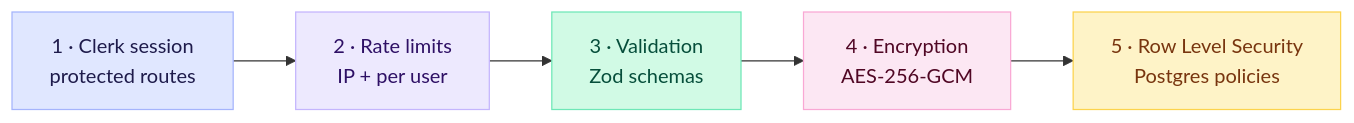
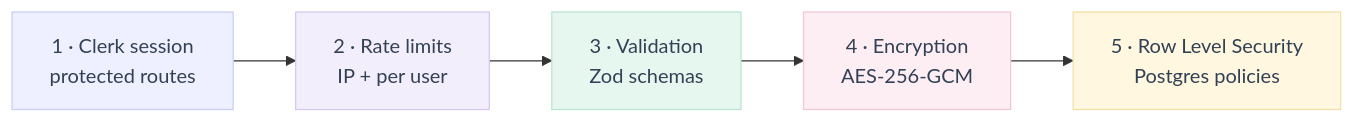
The fifth of 5 diagrams in README.md (sowaxer/quivo-app), drawn with Mermaid before and after one commit. The commit also changed other lines of this file, not shown here.

First line of the commit message:
README: uniform light pastel palette for all diagrams

````diff
--- a/README.md
+++ b/README.md
@@ -211,17 +211,17 @@
 ```mermaid
 flowchart LR
     A["1 · Clerk session<br/>protected routes"] --> B["2 · Rate limits<br/>IP + per user"]
     B --> C["3 · Validation<br/>Zod schemas"]
     C --> D["4 · Encryption<br/>AES-256-GCM"]
     D --> E["5 · Row Level Security<br/>Postgres policies"]
-    classDef p1 fill:#E0E7FF,stroke:#A5B4FC,color:#1E1B4B
-    classDef p2 fill:#FCE7F3,stroke:#F9A8D4,color:#500724
-    classDef p3 fill:#D1FAE5,stroke:#6EE7B7,color:#064E3B
-    classDef p4 fill:#FEF3C7,stroke:#FCD34D,color:#78350F
-    classDef p5 fill:#EDE9FE,stroke:#C4B5FD,color:#2E1065
+    classDef p1 fill:#EEF0FF,stroke:#C9CEF5,color:#334155
+    classDef p2 fill:#FDEEF4,stroke:#F2C6D8,color:#334155
+    classDef p3 fill:#E6F7F0,stroke:#B8E3D0,color:#334155
+    classDef p4 fill:#FFF7E0,stroke:#F2DFA8,color:#334155
+    classDef p5 fill:#F3EEFC,stroke:#D5C8F0,color:#334155
     class A p1
     class B p5
     class C p3
     class D p2
     class E p4
 ```
````
